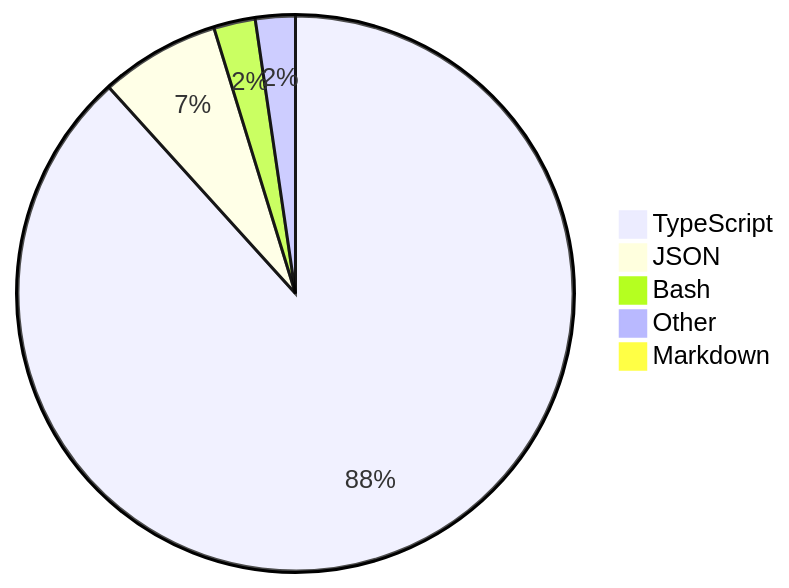
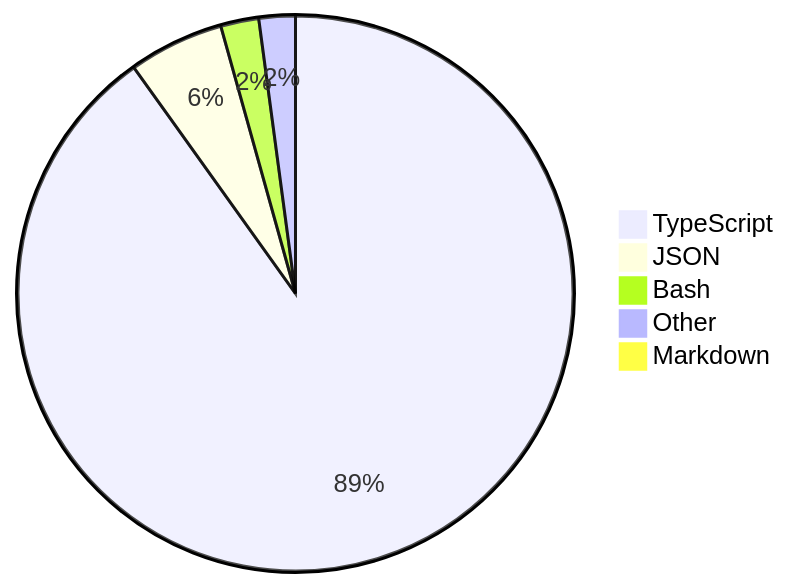
The diagram in README.md (skvggor/skvggor), drawn with Mermaid before and after one commit.

Commit message:
Updated waka-readme graph with new metrics

````diff
--- a/README.md
+++ b/README.md
@@ -28,8 +28,8 @@
 ```mermaid
 pie
-    "TypeScript" : 87.5
-    "JSON" : 6.9
-    "Bash" : 2.4
-    "Other" : 2.3
+    "TypeScript" : 89.4
+    "JSON" : 5.5
+    "Bash" : 2.2
+    "Other" : 2.1
     "Markdown" : 0.8
 ```
````
